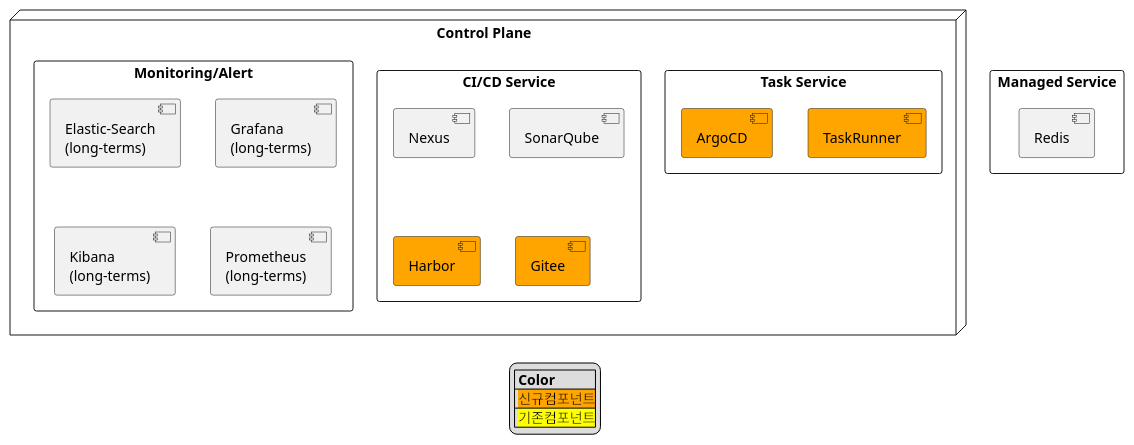
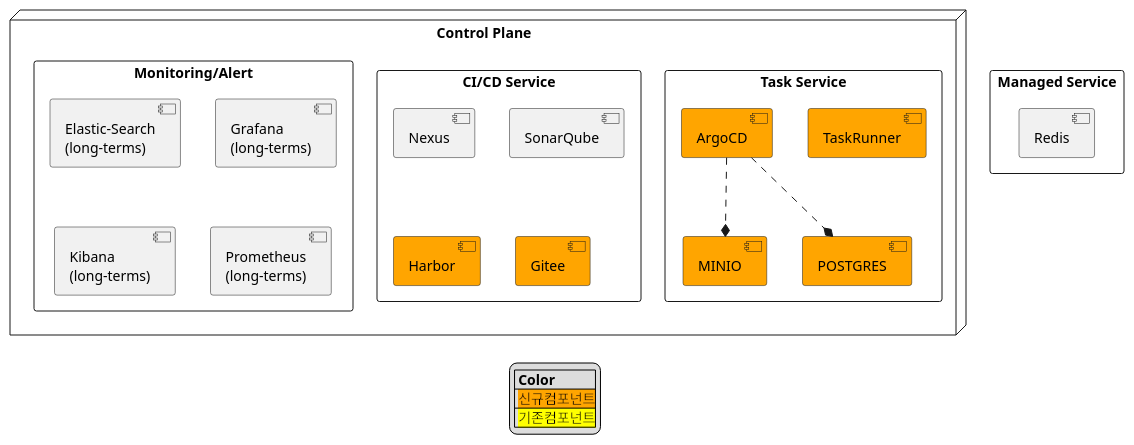
Before and after one commit to htdp1/am-arch: the second of 15 diagrams in docs/src/multi-cloud/diagram.md, drawn with PlantUML. The commit also changed other lines of this file, not shown here.

Commit message:
modify diagram 1552

```diff
--- a/docs/src/multi-cloud/diagram.md
+++ b/docs/src/multi-cloud/diagram.md
@@ -63,31 +68,35 @@
 @startuml
 
 legend
     |= Color |
     | <size:14><back:#Orange>신규컴포넌트</back></size>|
     | <size:14><back:#Yellow>기존컴포넌트</back></size>|
 endlegend
 
 node "Control Plane" as bcp {
     rectangle "Task Service" as task {
         [TaskRunner] as taskruuner #orange
         [ArgoCD] as argocd #orange
+        [MINIO] as minio #orange
+        [POSTGRES] as postgres #orange
     }
+    argocd ..* minio
+    argocd ..* postgres
     rectangle "CI/CD Service" as cicd {
         [Nexus] as nexus
         [SonarQube] as sonarqube
         [Harbor] as harbor #orange
         [Gitee] as gitee #orange
     }
     rectangle "Monitoring/Alert" as mon {
         [Elastic-Search\n(long-terms)] as elastic
         [Grafana\n(long-terms)] as grafana
         [Kibana\n(long-terms)] as kibana
         [Prometheus\n(long-terms)] as prometheus
     }
 }
 rectangle "Managed Service" as managed {
     [Redis] as redis
 }
 
 @enduml
```
